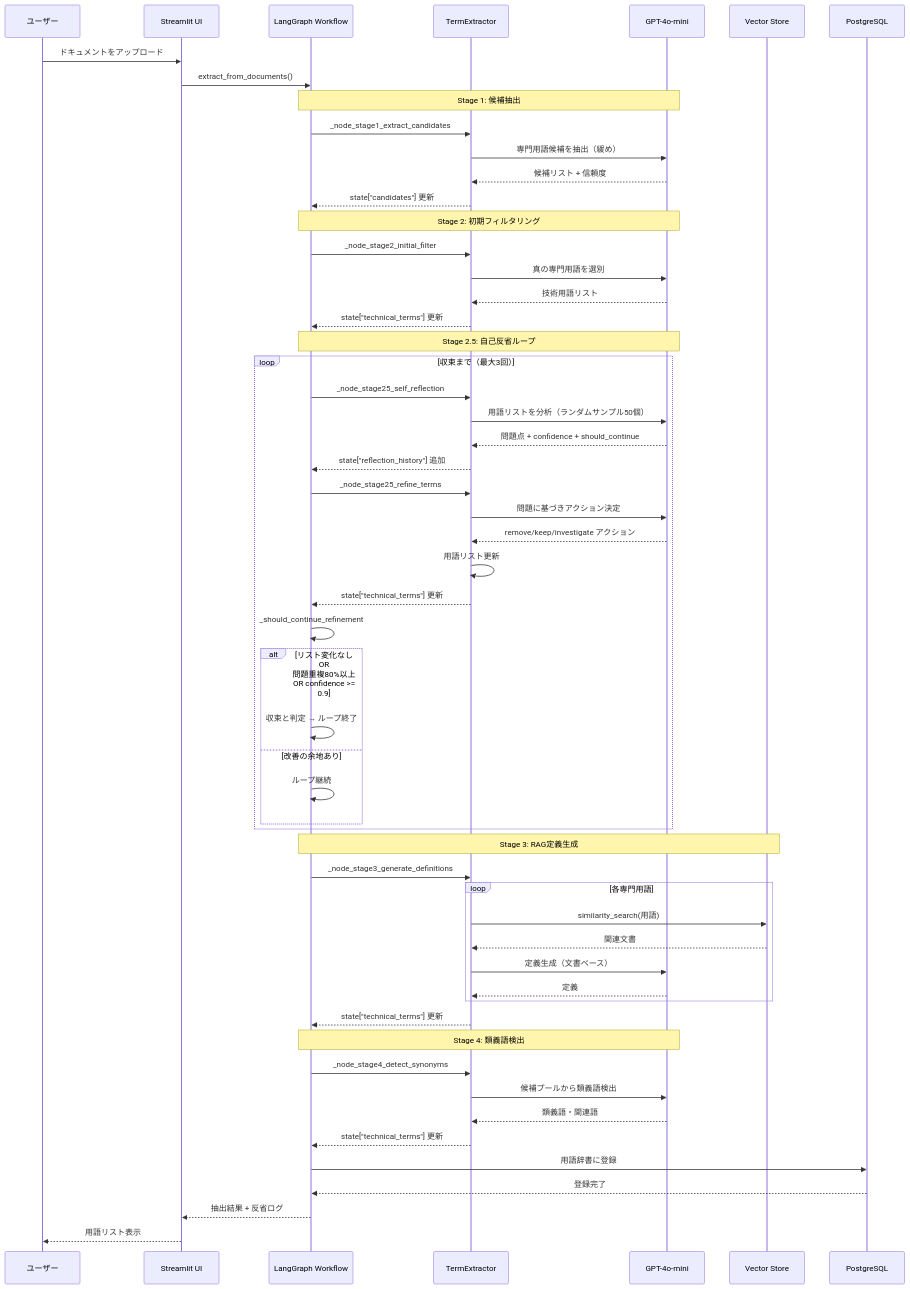
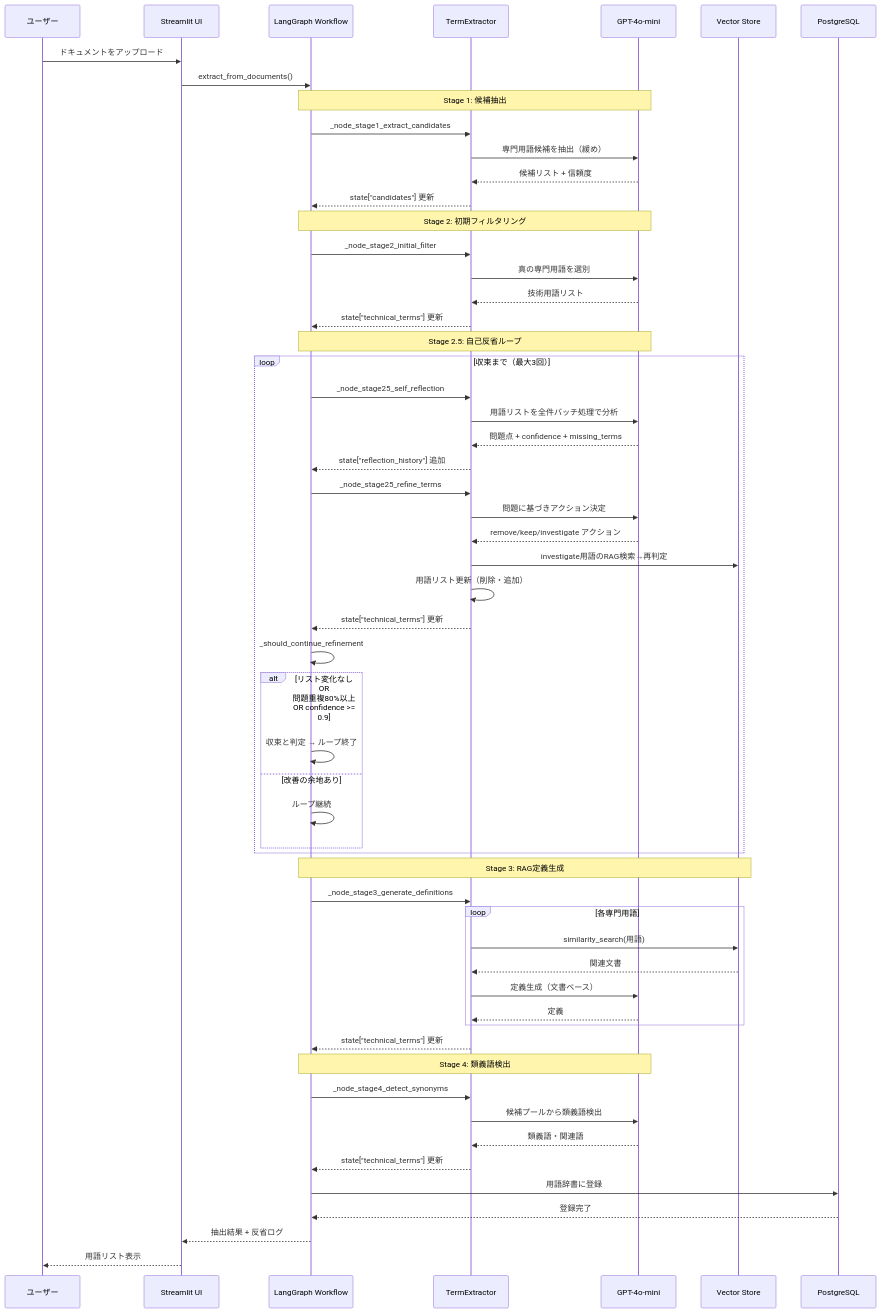
The second of 4 diagrams in README.md (uchi736/advancedrag_llm), drawn with Mermaid before and after one commit. The commit also changed other lines of this file and 3 other files, not shown here.

First line of the commit message:
Fix Stage 2.5 duplicate missing_terms detection and improve RAG search

````diff
--- a/README.md
+++ b/README.md
@@ -82,67 +82,68 @@
 ```mermaid
 sequenceDiagram
     participant User as ユーザー
     participant UI as Streamlit UI
     participant WF as LangGraph Workflow
     participant TE as TermExtractor
     participant LLM as GPT-4o-mini
     participant VS as Vector Store
     participant DB as PostgreSQL
 
     User->>UI: ドキュメントをアップロード
     UI->>WF: extract_from_documents()
 
     Note over WF,LLM: Stage 1: 候補抽出
     WF->>TE: _node_stage1_extract_candidates
     TE->>LLM: 専門用語候補を抽出（緩め）
     LLM-->>TE: 候補リスト + 信頼度
     TE-->>WF: state["candidates"] 更新
 
     Note over WF,LLM: Stage 2: 初期フィルタリング
     WF->>TE: _node_stage2_initial_filter
     TE->>LLM: 真の専門用語を選別
     LLM-->>TE: 技術用語リスト
     TE-->>WF: state["technical_terms"] 更新
 
     Note over WF,LLM: Stage 2.5: 自己反省ループ
     loop 収束まで（最大3回）
         WF->>TE: _node_stage25_self_reflection
-        TE->>LLM: 用語リストを分析（ランダムサンプル50個）
-        LLM-->>TE: 問題点 + confidence + should_continue
+        TE->>LLM: 用語リストを全件バッチ処理で分析
+        LLM-->>TE: 問題点 + confidence + missing_terms
         TE-->>WF: state["reflection_history"] 追加
 
         WF->>TE: _node_stage25_refine_terms
         TE->>LLM: 問題に基づきアクション決定
         LLM-->>TE: remove/keep/investigate アクション
-        TE->>TE: 用語リスト更新
+        TE->>VS: investigate用語のRAG検索→再判定
+        TE->>TE: 用語リスト更新（削除・追加）
         TE-->>WF: state["technical_terms"] 更新
 
         WF->>WF: _should_continue_refinement
         alt リスト変化なし OR 問題重複80%以上 OR confidence >= 0.9
             WF->>WF: 収束と判定 → ループ終了
         else 改善の余地あり
             WF->>WF: ループ継続
         end
     end
 
     Note over WF,VS: Stage 3: RAG定義生成
     WF->>TE: _node_stage3_generate_definitions
     loop 各専門用語
         TE->>VS: similarity_search(用語)
         VS-->>TE: 関連文書
         TE->>LLM: 定義生成（文書ベース）
         LLM-->>TE: 定義
     end
     TE-->>WF: state["technical_terms"] 更新
 
     Note over WF,LLM: Stage 4: 類義語検出
     WF->>TE: _node_stage4_detect_synonyms
     TE->>LLM: 候補プールから類義語検出
     LLM-->>TE: 類義語・関連語
     TE-->>WF: state["technical_terms"] 更新
 
     WF->>DB: 用語辞書に登録
     DB-->>WF: 登録完了
     WF-->>UI: 抽出結果 + 反省ログ
     UI-->>User: 用語リスト表示
 ```
````
